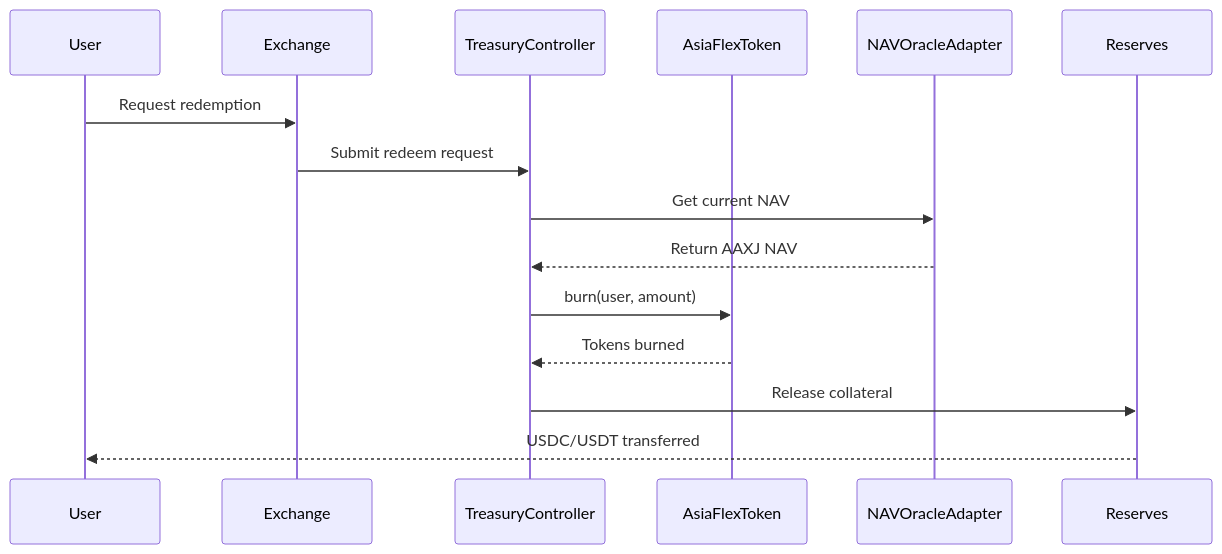
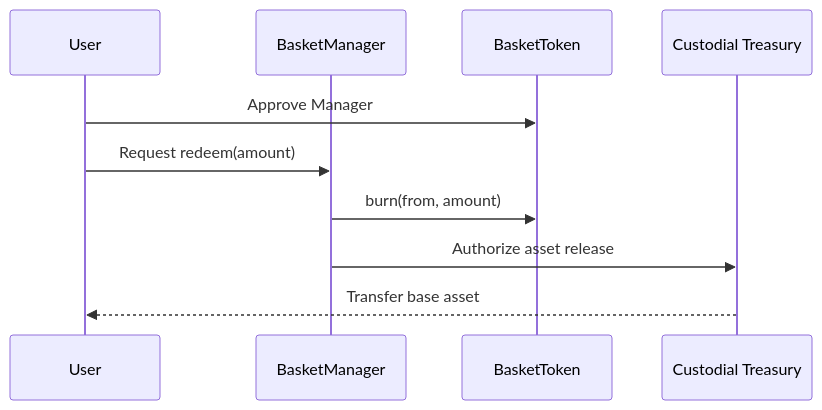
The third of 3 diagrams in docs/architecture.md (PolPol45/ASIAFLEX), drawn with Mermaid before and after one commit. The commit also changed other lines of this file and 477 other files, not shown here.

````diff
--- a/docs/architecture.md
+++ b/docs/architecture.md
@@ -65,18 +46,13 @@
 ```mermaid
 sequenceDiagram
     participant User
-    participant Exchange  
-    participant Treasury as TreasuryController
-    participant Token as AsiaFlexToken
-    participant Oracle as NAVOracleAdapter
-    participant Reserves
-    
-    User->>Exchange: Request redemption
-    Exchange->>Treasury: Submit redeem request
-    Treasury->>Oracle: Get current NAV
-    Oracle-->>Treasury: Return AAXJ NAV
-    Treasury->>Token: burn(user, amount)
-    Token-->>Treasury: Tokens burned
-    Treasury->>Reserves: Release collateral
-    Reserves-->>User: USDC/USDT transferred
+    participant Manager as BasketManager
+    participant Token as BasketToken
+    participant Treasury as Custodial Treasury
+
+    User->>Token: Approve Manager
+    User->>Manager: Request redeem(amount)
+    Manager->>Token: burn(from, amount)
+    Manager->>Treasury: Authorize asset release
+    Treasury-->>User: Transfer base asset
 ```
````
